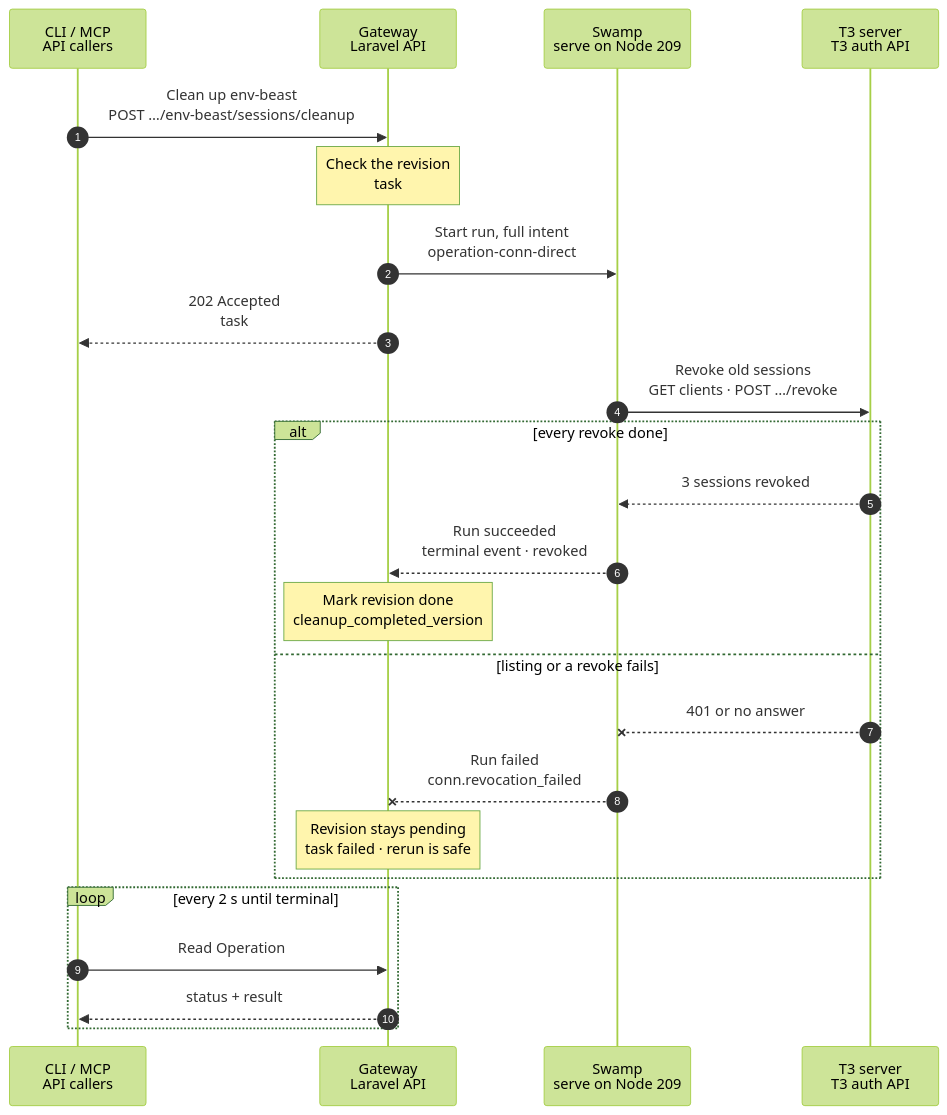
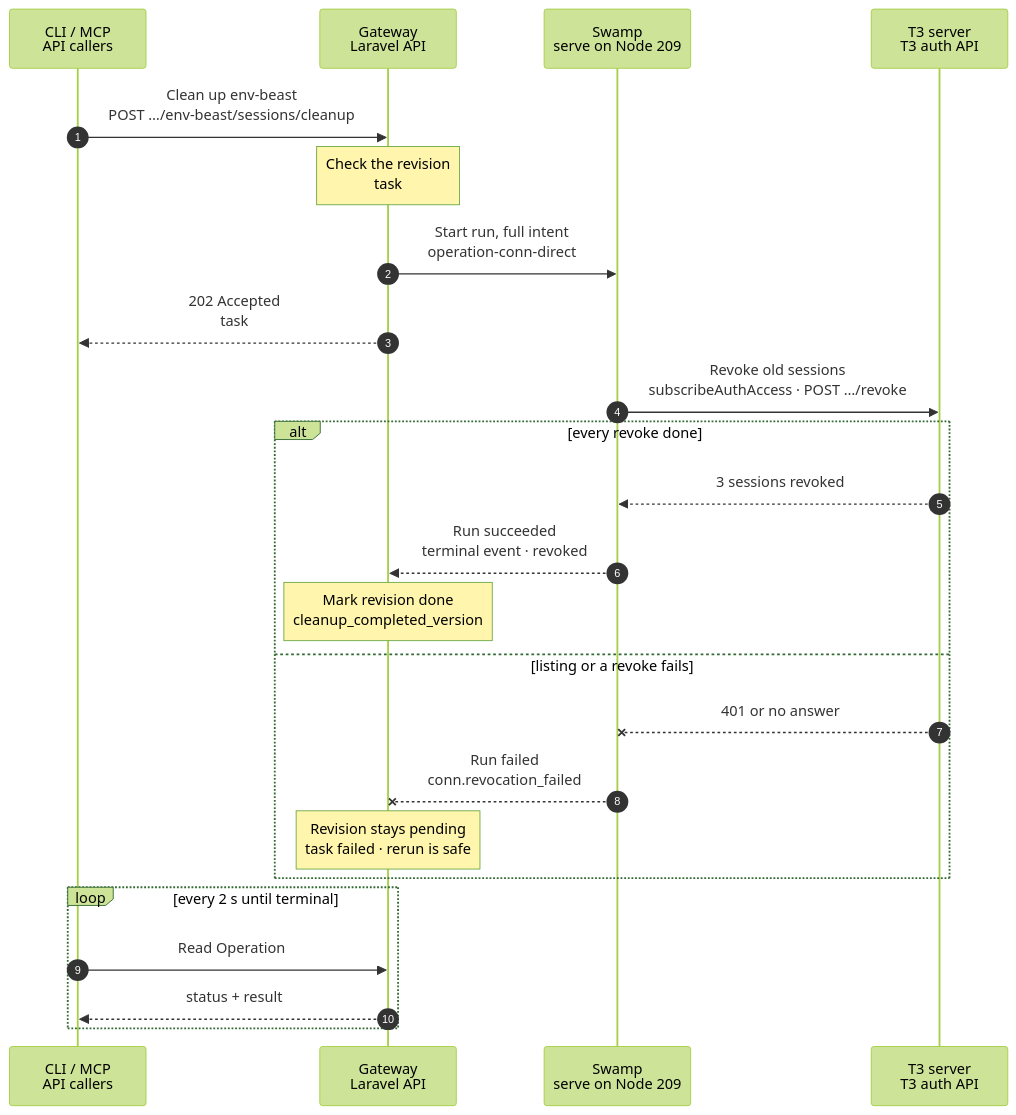
The diagram in docs/cli/conn/gateway-sessions-revoke.mmd (hardimpactdev/orbit), drawn with Mermaid (forest theme) before and after one commit. The commit also changed 10 other files, not shown here.

Commit message:
fix(conn): read revocation sessions through upstream T3 auth RPC

```diff
--- a/docs/cli/conn/gateway-sessions-revoke.mmd
+++ b/docs/cli/conn/gateway-sessions-revoke.mmd
@@ -1,90 +1,90 @@
 sequenceDiagram
   %% Target design: ADR 0244 task, DECISIONS R1 (an external API call is an effect, so it is a run), R2-R4. swamp/workflows/workflow-operation-conn-direct.yaml, docs/reference/conn.md#gateway-session-cleanup, conn.pairing_revoke chart.
   %% Tightened: flow-tighten 2026-11-02, rules 4, 14, 15, 16, 21 (no Gateway reads from the step, session to vault, one session list, no link step).
   %% status: migrated
   %% command: none · API (conn-environment-cleanup)
   %% kind: conn.gateway_sessions_revoke
   autonumber
   %% lane CLI icon=terminal pill=caller tone=gray
   %% lane GW icon=gateway pill=intent tone=blue
   %% lane SW icon=workflow pill=executes tone=green
   %% lane T3 icon=server pill=target tone=purple
   participant CLI as CLI / MCP<br/>API callers
   participant GW as Gateway<br/>Laravel API
   participant SW as Swamp<br/>serve on Node 209
   participant T3 as T3 server<br/>T3 auth API
   CLI->>GW: Clean up env-beast<br/>POST …/env-beast/sessions/cleanup
   %%> Command:
   %%> - `POST /api/v1/conn/environments/env-beast/sessions/cleanup`
   %%> - syntax: the MCP tool `conn-environment-cleanup` with `environment`
   %%> Who starts it:
   %%> - the Gateway itself, when a registration of env-beast commits a new cleanup revision; a start failure keeps registration successful and the revision pending
   %%> - an operator, to retry a revision that failed
   %%> Not included:
   %%> - there is no `orbit` command, and no per-minute Swamp check of pending revisions
   Note over GW: Check the revision<br/>task #5181 · session to vault
   %%> Requirements:
   %%> - the `conn` extension is on; the caller's Node has an access grant to the Gateway Node
   %%> - env-beast has a cleanup revision newer than the last completed one; otherwise the answer is 204 and no task starts
   %%> - no other cleanup runs for env-beast (`operation.target_busy`); the Gateway holds one lock per server
   %%> What it does:
   %%> - captures the T3 URL, the revision and the fixed client label `Orbit Gateway`
   %%> - pushes the current admin session to the Swamp vault as `conn-pairing-revoke-<uuid>` after commit (R3)
   %%> While it runs:
   %%> - a new registration of env-beast refuses while the environment is busy, then validates its candidate session outside the database transaction
   %%> Why a run:
   %%> - calling T3's API is an effect; the Gateway's only execution primitives are mint and sign
   GW->>SW: Start run, full intent<br/>operation-conn-direct
   %%> What it does:
   %%> - starts one Swamp run on serve (Node 209); no Node is a target
   %%> Inputs:
   %%> - the T3 server URL, the client label, the revision and the vault key name; never the session
   GW-->>CLI: 202 Accepted<br/>task #5181
   %%> What you get:
   %%> - the task number, at once
   %%> Next:
   %%> - the requester follows `GET /api/v1/conn/operations/5181`
-  SW->>T3: Revoke old sessions<br/>GET clients · POST …/revoke
+  SW->>T3: Revoke old sessions<br/>subscribeAuthAccess · POST …/revoke
   %%> How:
   %%> - the typed Conn revocation child runs HTTPS from 209, with the admin session from `vault.get`
   %%> What it does:
   %%> - lists the client sessions on env-beast once, selects those labelled `Orbit Gateway` that are not the current session, and revokes each
   %%> - a session already gone counts as revoked
   %%> Refuses:
   %%> - a failed or invalid list stops the step before any revoke; it never counts as an empty list
   %%> Keeps:
   %%> - the Gateway's current admin session and every other label
   %%> Not included:
   %%> - no re-read of the Gateway or of the list before each revoke; the lock on env-beast keeps the session fixed
   alt every revoke done
     T3-->>SW: 3 sessions revoked
     %%> Returns:
     %%> - each revoke answered; the step outputs the count
     SW-->>GW: Run succeeded<br/>terminal event · revoked
     %%> How the Gateway learns it:
     %%> - its shared run reader sees the terminal event and reads the count from the step; Swamp never calls the Gateway
     Note over GW: Mark revision done<br/>cleanup_completed_version
     %%> Result:
     %%> - env-beast's cleanup revision is marked completed
     %%> - task #5181 succeeds; the Gateway's own session on env-beast keeps working
   else listing or a revoke fails
     T3--xSW: 401 or no answer
     %%> When:
     %%> - T3 refuses the admin session, cannot be reached, or answers with invalid data
     SW--xGW: Run failed<br/>conn.revocation_failed
     %%> The Gateway reads:
     %%> - which step failed and its safe `conn.*` error code
     Note over GW: Revision stays pending<br/>task failed · rerun is safe
     %%> Result:
     %%> - the revision stays pending; no automatic task follows; task #5181 fails
     %%> Retry:
     %%> - safe: call cleanup again, or register again; it lists the sessions again and skips those already gone
   end
   loop every 2 s until terminal
     CLI->>GW: Read Operation #5181<br/>GET conn/operations/5181
     %%> What it does:
     %%> - asks for the requester's task status every 2 seconds until it has ended
     GW-->>CLI: status + result
     %%> Returns:
     %%> - the current status, and the number of revoked sessions once the task has ended
   end
```
